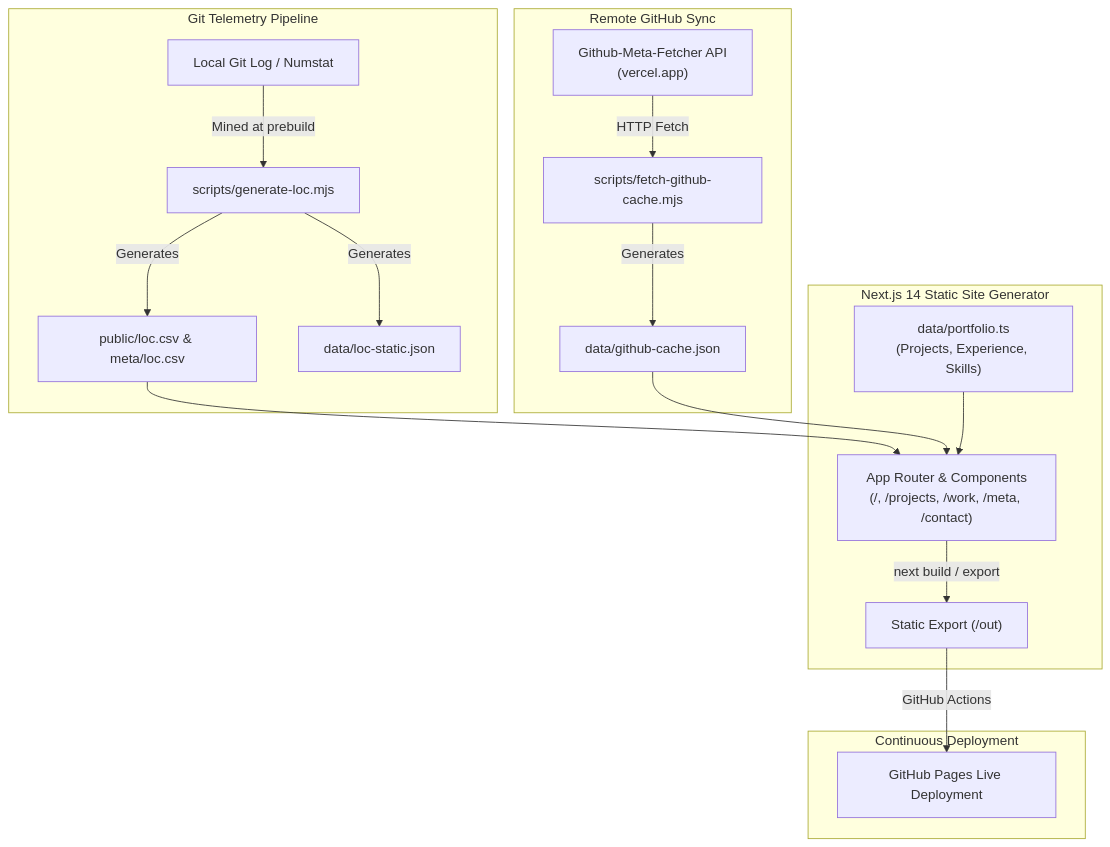
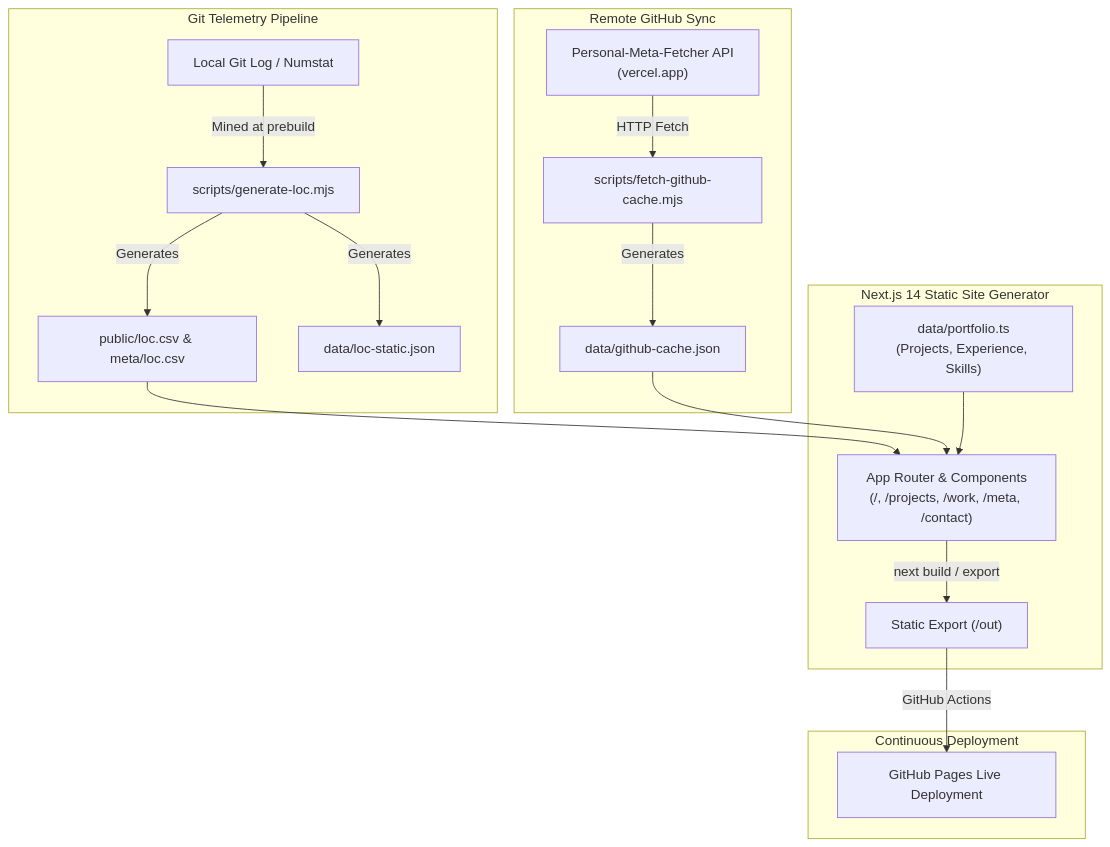
The diagram in README.md (ishaankor/my-data-science-portfolio), drawn with Mermaid before and after one commit. The commit also changed other lines of this file and 7 other files, not shown here.

Commit message:
refactor: update GitHub API endpoint URL from github-meta-fetcher to personal-meta-fetcher

````diff
--- a/README.md
+++ b/README.md
@@ -48,24 +48,24 @@
 ```mermaid
 flowchart TD
     subgraph Git_Telemetry_Pipeline [Git Telemetry Pipeline]
         GL[Local Git Log / Numstat] -->|Mined at prebuild| LOCScript["scripts/generate-loc.mjs"]
         LOCScript -->|Generates| LOCCSV["public/loc.csv & meta/loc.csv"]
         LOCScript -->|Generates| LOCJSON["data/loc-static.json"]
     end
 
     subgraph GitHub_Microservice [Remote GitHub Sync]
-        GMF["Github-Meta-Fetcher API\n(vercel.app)"] -->|HTTP Fetch| GHScript["scripts/fetch-github-cache.mjs"]
+        GMF["Personal-Meta-Fetcher API\n(vercel.app)"] -->|HTTP Fetch| GHScript["scripts/fetch-github-cache.mjs"]
         GHScript -->|Generates| GHCache["data/github-cache.json"]
     end
 
     subgraph NextJS_App_Router [Next.js 14 Static Site Generator]
         LOCCSV --> AppPages["App Router & Components\n(/, /projects, /work, /meta, /contact)"]
         GHCache --> AppPages
         PortfolioData["data/portfolio.ts\n(Projects, Experience, Skills)"] --> AppPages
         AppPages -->|next build / export| StaticOutput["Static Export (/out)"]
     end
 
     subgraph Deployment [Continuous Deployment]
         StaticOutput -->|GitHub Actions| GHPages["GitHub Pages Live Deployment"]
     end
 ```
````
